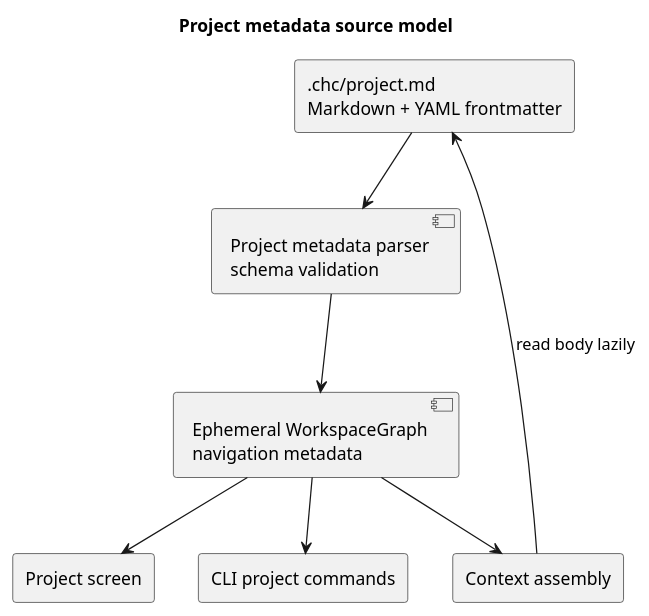
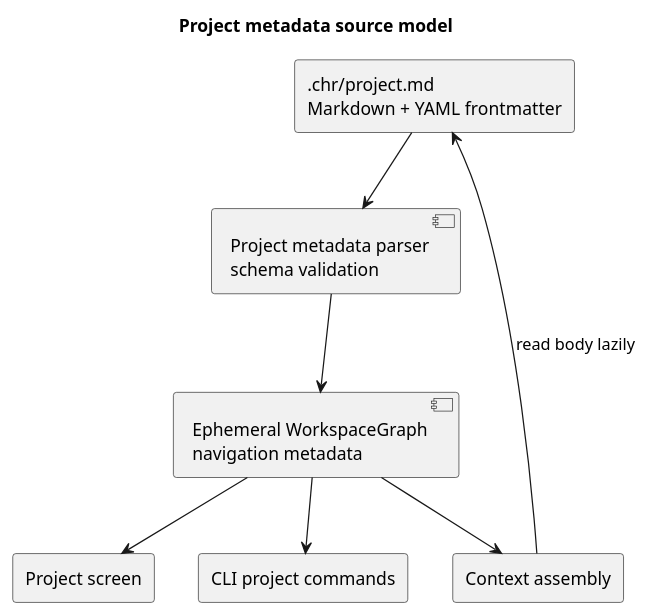
The first of 3 diagrams in .prj/specs/specs/tui-project-tab.md (adrianpk/chr), drawn with PlantUML before and after one commit. The commit also changed other lines of this file and 1145 other files, not shown here.

````diff
--- a/.prj/specs/specs/tui-project-tab.md
+++ b/.prj/specs/specs/tui-project-tab.md
@@ -118,20 +118,20 @@
 ```plantuml
 @startuml
 title Project metadata source model
 
-rectangle ".chc/project.md\nMarkdown + YAML frontmatter" as File
+rectangle ".chr/project.md\nMarkdown + YAML frontmatter" as File
 component "Project metadata parser\nschema validation" as Parser
 component "Ephemeral WorkspaceGraph\nnavigation metadata" as Graph
 rectangle "Project screen" as UI
 rectangle "CLI project commands" as CLI
 rectangle "Context assembly" as Context
 
 File --> Parser
 Parser --> Graph
 Graph --> UI
 Graph --> CLI
 Graph --> Context
 Context --> File : read body lazily
 
 @enduml
 ```
````
